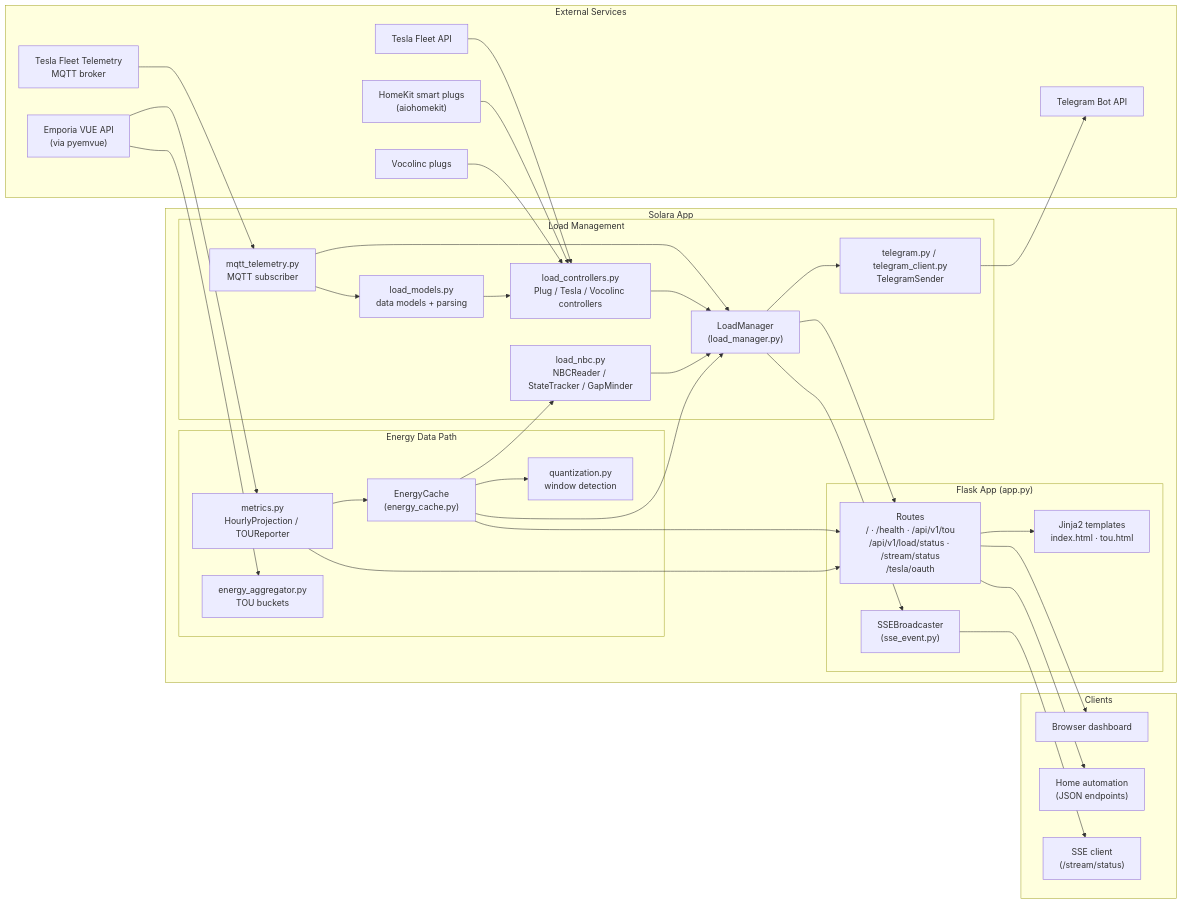
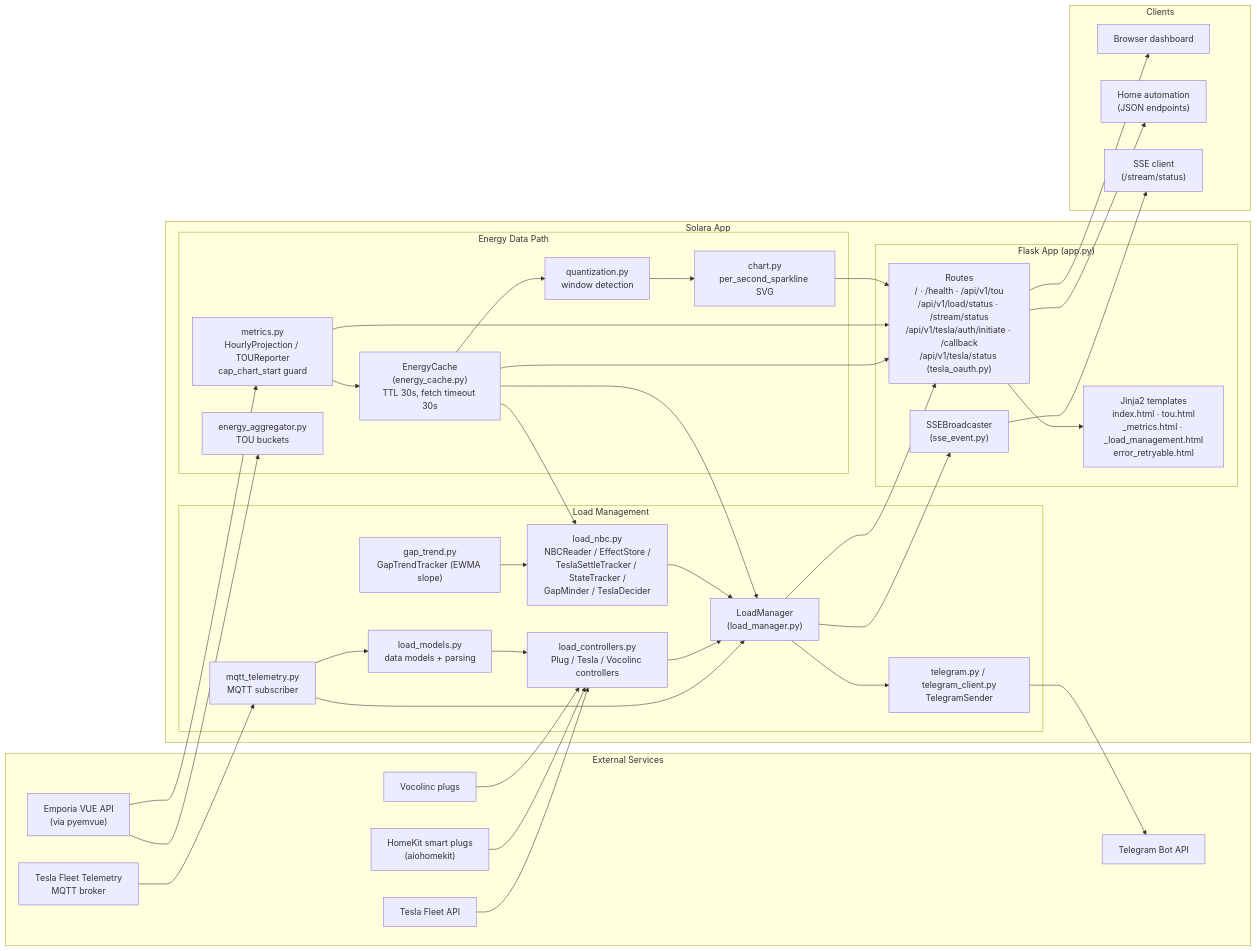
Before and after one commit to mblakele/solara: the first of 6 diagrams in docs/architecture.md, drawn with Mermaid. The commit also changed other lines of this file, not shown here.

Commit message:
docs/architecture.md updated

````diff
--- a/docs/architecture.md
+++ b/docs/architecture.md
@@ -13,70 +13,75 @@
 ```mermaid
 flowchart LR
     subgraph External["External Services"]
         VUE["Emporia VUE API<br/>(via pyemvue)"]
         MQTT["Tesla Fleet Telemetry<br/>MQTT broker"]
         FLEET["Tesla Fleet API"]
         HOMEKIT["HomeKit smart plugs<br/>(aiohomekit)"]
         VOCOLINC["Vocolinc plugs"]
         TG["Telegram Bot API"]
     end
 
     subgraph App["Solara App"]
         subgraph Web["Flask App (app.py)"]
-            ROUTES["Routes<br/>/ · /health · /api/v1/tou<br/>/api/v1/load/status · /stream/status<br/>/tesla/oauth"]
-            TEMPLATES["Jinja2 templates<br/>index.html · tou.html"]
+            ROUTES["Routes<br/>/ · /health · /api/v1/tou<br/>/api/v1/load/status · /stream/status<br/>/api/v1/tesla/auth/initiate · /callback<br/>/api/v1/tesla/status (tesla_oauth.py)"]
+            TEMPLATES["Jinja2 templates<br/>index.html · tou.html<br/>_metrics.html · _load_management.html<br/>error_retryable.html"]
             SSE["SSEBroadcaster<br/>(sse_event.py)"]
         end
 
         subgraph Data["Energy Data Path"]
-            METRICS["metrics.py<br/>HourlyProjection / TOUReporter"]
-            CACHE["EnergyCache<br/>(energy_cache.py)"]
+            METRICS["metrics.py<br/>HourlyProjection / TOUReporter<br/>cap_chart_start guard"]
+            CACHE["EnergyCache<br/>(energy_cache.py)<br/>TTL 30s, fetch timeout 30s"]
             AGGR["energy_aggregator.py<br/>TOU buckets"]
             QUANT["quantization.py<br/>window detection"]
+            CHART["chart.py<br/>per_second_sparkline SVG"]
         end
 
         subgraph LoadMgmt["Load Management"]
             LM["LoadManager<br/>(load_manager.py)"]
-            NBC["load_nbc.py<br/>NBCReader / StateTracker / GapMinder"]
+            NBC["load_nbc.py<br/>NBCReader / EffectStore /<br/>TeslaSettleTracker / StateTracker /<br/>GapMinder / TeslaDecider"]
+            TREND["gap_trend.py<br/>GapTrendTracker (EWMA slope)"]
             CTRL["load_controllers.py<br/>Plug / Tesla / Vocolinc controllers"]
             TELEM["mqtt_telemetry.py<br/>MQTT subscriber"]
             MODELS["load_models.py<br/>data models + parsing"]
             NOTIF["telegram.py / telegram_client.py<br/>TelegramSender"]
         end
     end
 
     subgraph Clients["Clients"]
         BROWSER["Browser dashboard"]
         JSONAPI["Home automation<br/>(JSON endpoints)"]
         SSECLIENT["SSE client<br/>(/stream/status)"]
     end
 
     VUE --> METRICS
     VUE --> AGGR
     METRICS --> CACHE
     CACHE --> QUANT
     CACHE --> NBC
     CACHE --> ROUTES
     METRICS --> ROUTES
+    QUANT --> CHART
+    CHART --> ROUTES
 
     MQTT --> TELEM
     TELEM --> MODELS
     MODELS --> CTRL
     FLEET --> CTRL
     HOMEKIT --> CTRL
     VOCOLINC --> CTRL
 
     TELEM --> LM
     CTRL --> LM
     NBC --> LM
+    TREND --> NBC
     CACHE --> LM
     LM --> NOTIF
     NOTIF --> TG
 
     LM --> ROUTES
     LM --> SSE
     ROUTES --> TEMPLATES
     SSE --> SSECLIENT
     ROUTES --> BROWSER
     ROUTES --> JSONAPI
 ```
````
